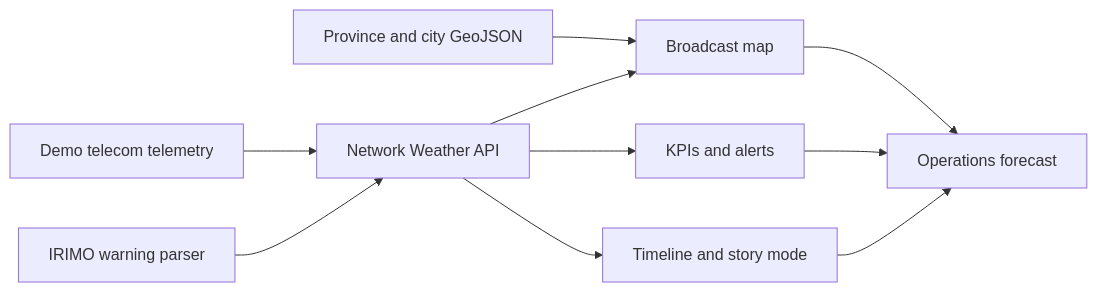
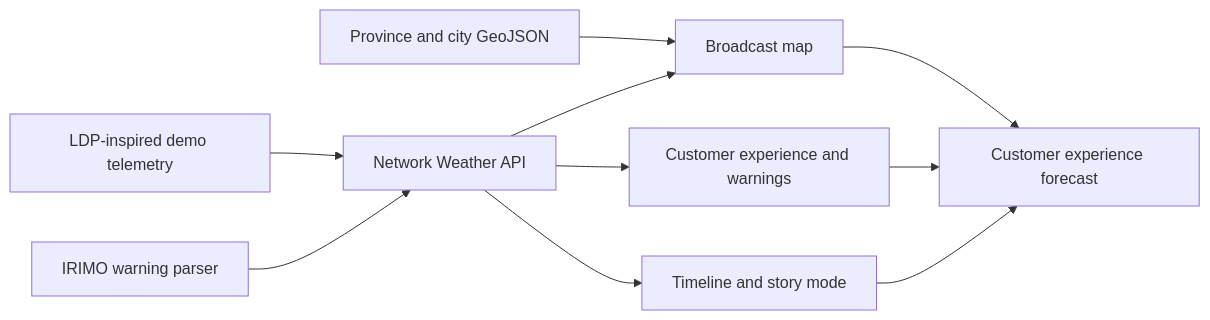
The diagram in README.md (aminqare/cloudy-with-a-chance-of-downtime), drawn with Mermaid before and after one commit. The commit also changed other lines of this file and 8 other files, not shown here.

Commit message:
Refocus dashboard on customer experience

````diff
--- a/README.md
+++ b/README.md
@@ -50,12 +47,12 @@
 ```mermaid
 flowchart LR
-    A[Demo telecom telemetry] --> D[Network Weather API]
+    A[LDP-inspired demo telemetry] --> D[Network Weather API]
     B[IRIMO warning parser] --> D
     C[Province and city GeoJSON] --> E[Broadcast map]
     D --> E
-    D --> F[KPIs and alerts]
+    D --> F[Customer experience and warnings]
     D --> G[Timeline and story mode]
-    E --> H[Operations forecast]
+    E --> H[Customer experience forecast]
     F --> H
     G --> H
 ```
````
